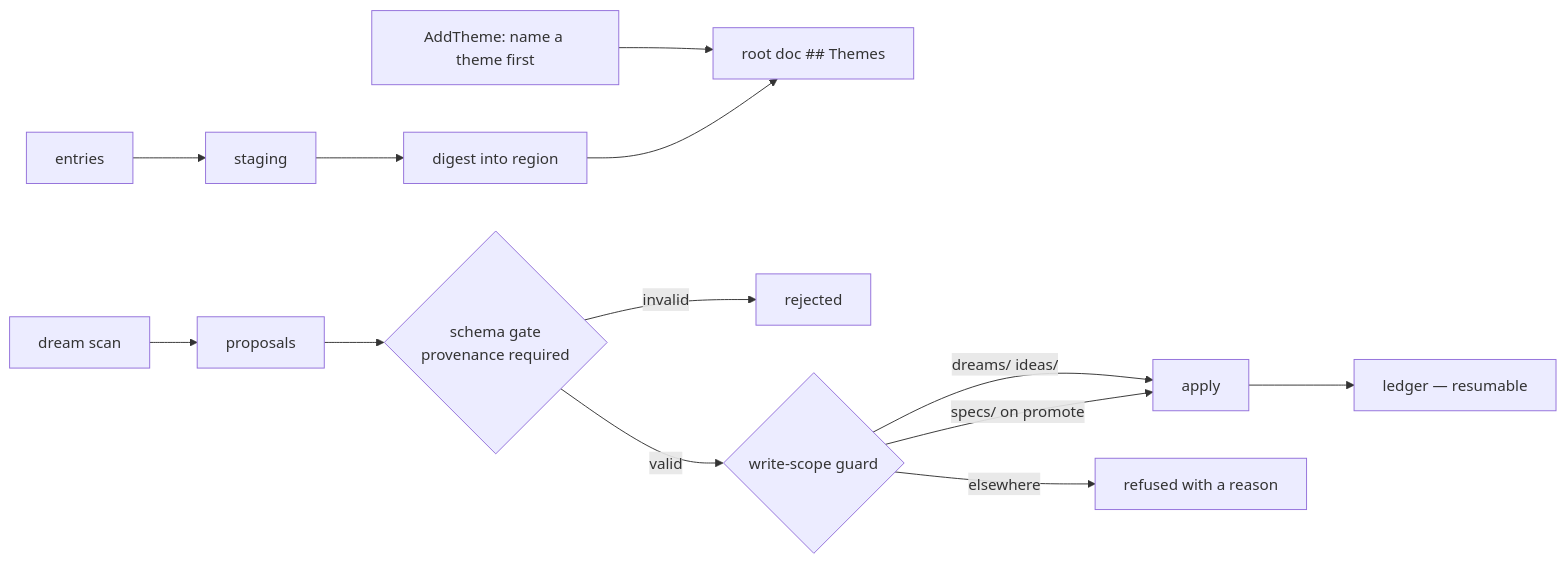
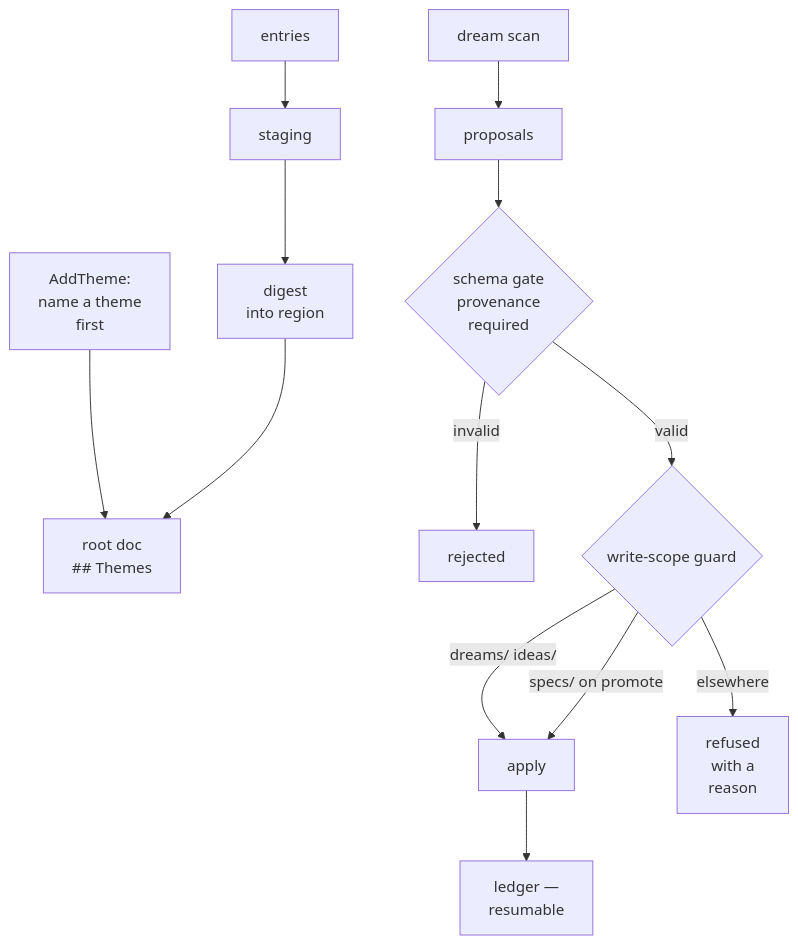
The diagram in content/systems/ctx.md (neoneye/agent-memory-atlas), drawn with Mermaid before and after one commit. The commit also changed 99 other files, not shown here.

First line of the commit message:
Reshape the remaining 49 diagrams so their labels are legible

````diff
--- a/content/systems/ctx.md
+++ b/content/systems/ctx.md
@@ -114,15 +114,15 @@
 ```mermaid
-flowchart LR
+flowchart TD
   E["entries"] --> Stage["staging"]
-  Theme["AddTheme: name a theme first"] --> Root["root doc ## Themes"]
-  Stage --> Dig["digest into region"]
+  Theme["AddTheme:<br/>name a theme<br/>first"] --> Root["root doc<br/>## Themes"]
+  Stage --> Dig["digest<br/>into region"]
   Dig --> Root
   Scan["dream scan"] --> Prop["proposals"]
-  Prop --> Gate{"schema gate\nprovenance required"}
+  Prop --> Gate{"schema gate\nprovenance<br/>required"}
   Gate -->|invalid| Rej["rejected"]
   Gate -->|valid| WS{"write-scope guard"}
   WS -->|dreams/ ideas/| Apply["apply"]
   WS -->|specs/ on promote| Apply
-  WS -->|elsewhere| Ref["refused with a reason"]
-  Apply --> Led["ledger — resumable"]
+  WS -->|elsewhere| Ref["refused<br/>with a<br/>reason"]
+  Apply --> Led["ledger —<br/>resumable"]
 ```
````
